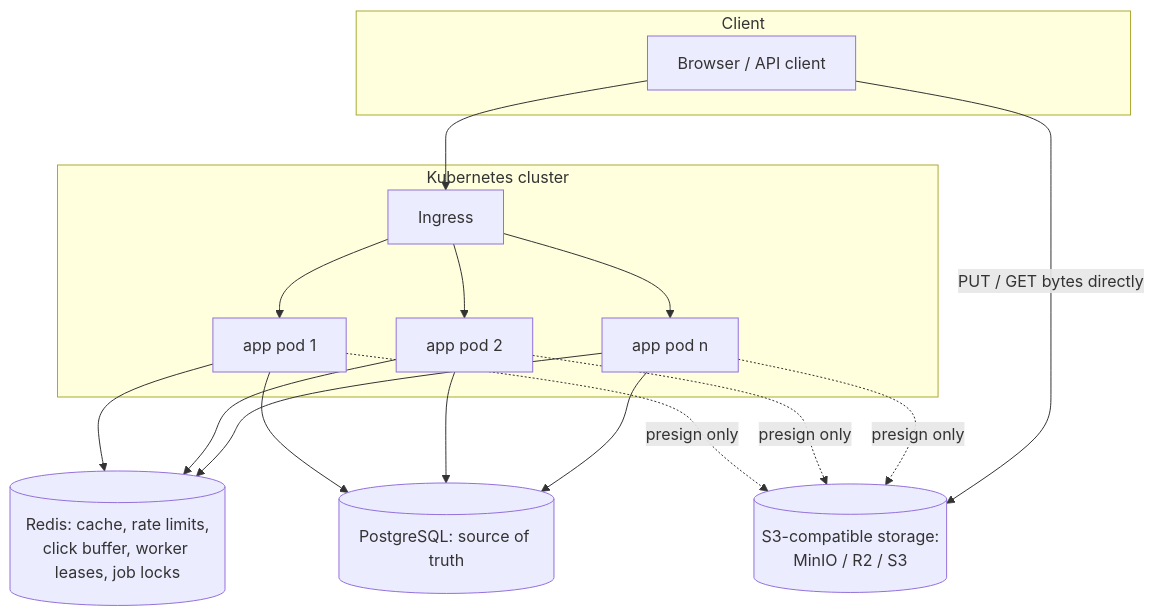
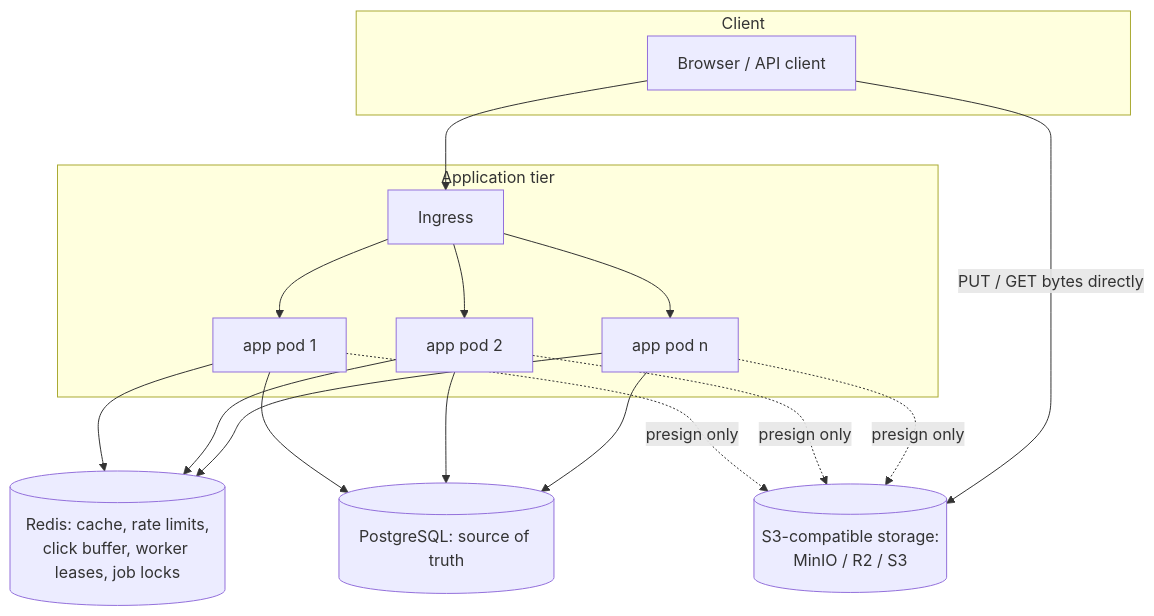
Before and after one commit to ankita2503/FileSharingWithTinyUrl: the diagram in README.md, drawn with Mermaid. The commit also changed other lines of this file, not shown here.

````diff
--- a/README.md
+++ b/README.md
@@ -109,23 +116,23 @@
 ```mermaid
 flowchart TB
     subgraph Client
         B[Browser / API client]
     end
 
-    subgraph K8s["Kubernetes cluster"]
+    subgraph K8s["Application tier"]
         I[Ingress]
         A1[app pod 1]
         A2[app pod 2]
         An[app pod n]
     end
 
     R[(Redis: cache, rate limits,<br/>click buffer, worker leases, job locks)]
     P[(PostgreSQL: source of truth)]
     S[(S3-compatible storage:<br/>MinIO / R2 / S3)]
 
     B --> I --> A1 & A2 & An
     A1 & A2 & An --> R
     A1 & A2 & An --> P
     A1 & A2 & An -. presign only .-> S
     B -- "PUT / GET bytes directly" --> S
 ```
````
